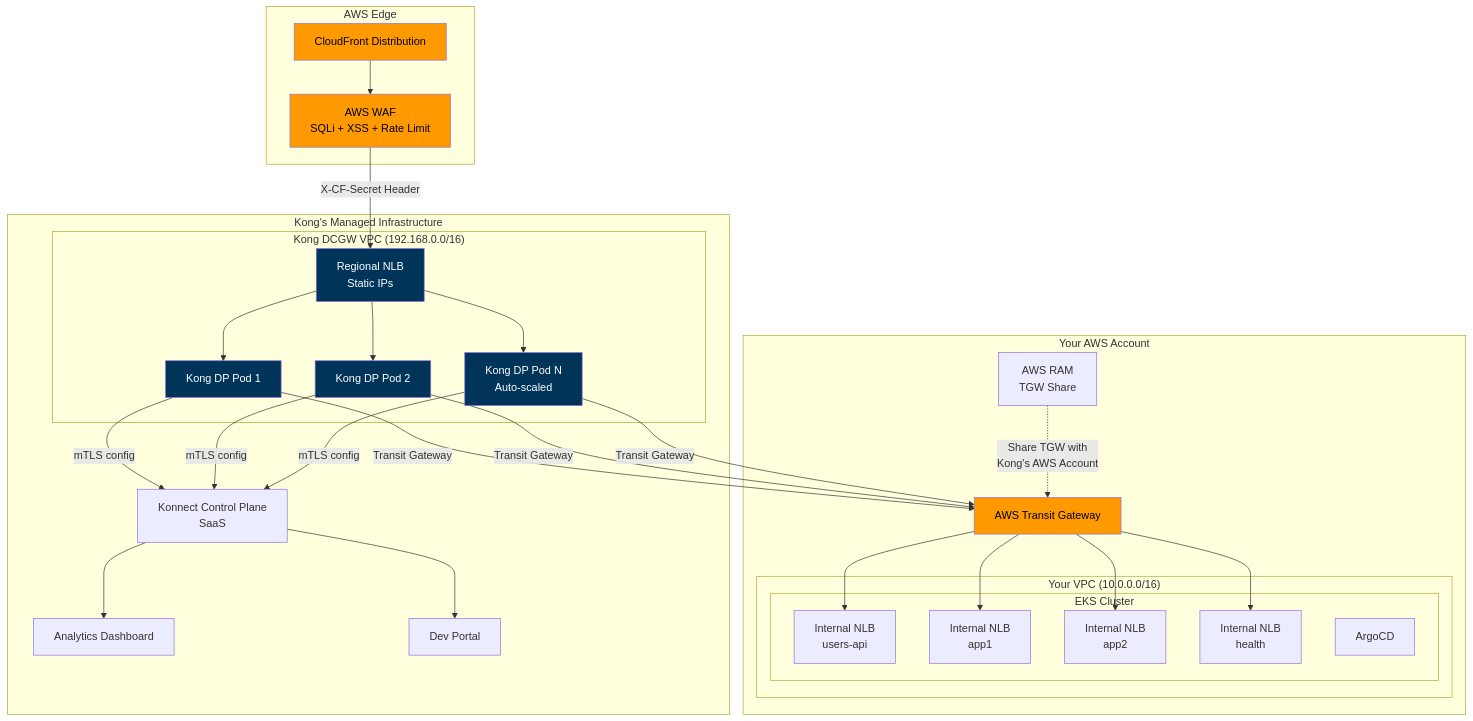
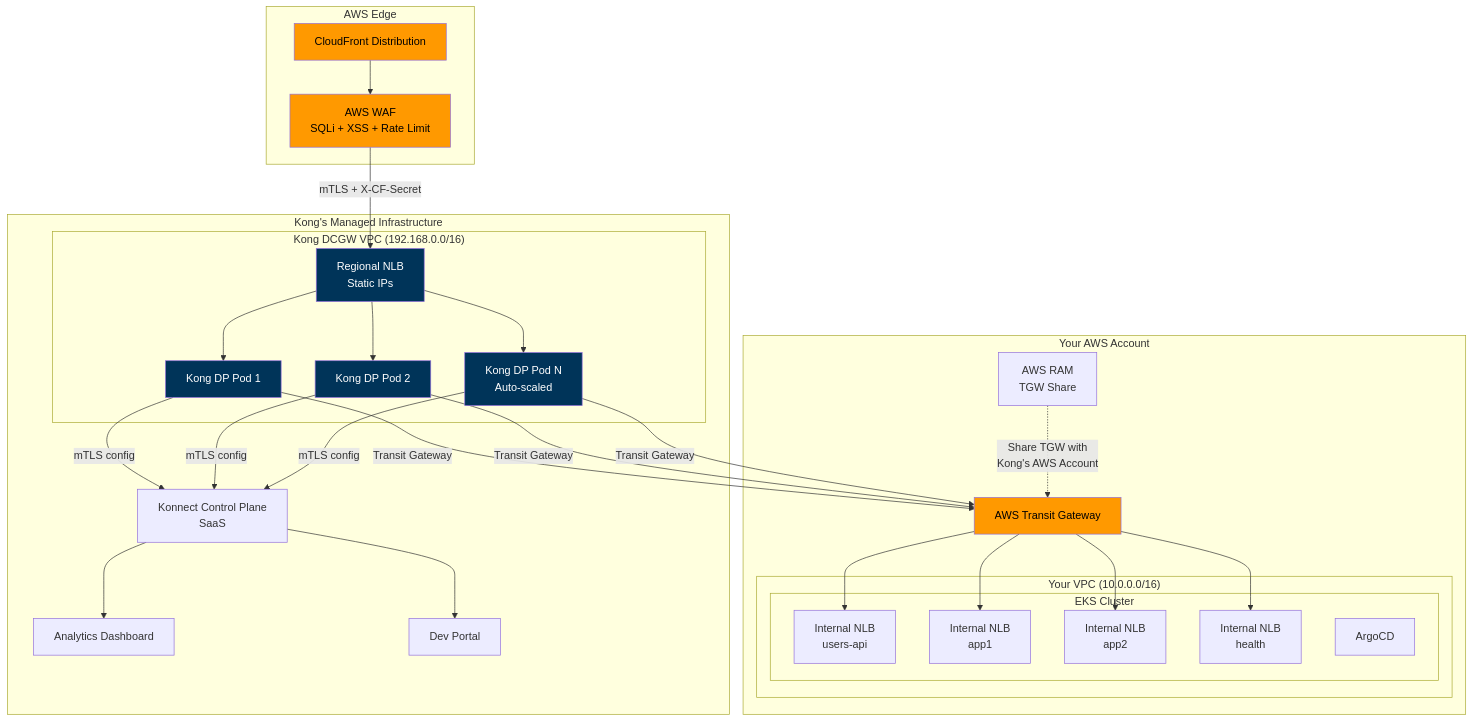
Before and after one commit to shanaka-versent/Kong-Konnect-Cloud-Gateway-on-EKS: the second of 5 diagrams in README.md, drawn with Mermaid. The commit also changed other lines of this file, not shown here.

First line of the commit message:
Update README diagrams and text to reflect mTLS bypass prevention

````diff
--- a/README.md
+++ b/README.md
@@ -49,50 +49,50 @@
 ```mermaid
 graph TB
     subgraph "AWS Edge"
         CF[CloudFront Distribution]
         WAF[AWS WAF<br/>SQLi + XSS + Rate Limit]
         CF --> WAF
     end
 
     subgraph "Kong's Managed Infrastructure"
         subgraph "Kong DCGW VPC (192.168.0.0/16)"
             K_NLB[Regional NLB<br/>Static IPs]
             KDP1[Kong DP Pod 1]
             KDP2[Kong DP Pod 2]
             KDP3[Kong DP Pod N<br/>Auto-scaled]
             K_NLB --> KDP1 & KDP2 & KDP3
         end
         KCP[Konnect Control Plane<br/>SaaS]
         Analytics[Analytics Dashboard]
         Portal[Dev Portal]
         KCP --> Analytics & Portal
     end
 
     subgraph "Your AWS Account"
         TGW[AWS Transit Gateway]
         subgraph "Your VPC (10.0.0.0/16)"
             subgraph "EKS Cluster"
                 NLB1[Internal NLB<br/>users-api]
                 NLB2[Internal NLB<br/>app1]
                 NLB3[Internal NLB<br/>app2]
                 NLB4[Internal NLB<br/>health]
                 ArgoCD[ArgoCD]
             end
         end
         RAM[AWS RAM<br/>TGW Share]
     end
 
-    WAF -->|X-CF-Secret Header| K_NLB
+    WAF -->|mTLS + X-CF-Secret| K_NLB
     KDP1 & KDP2 & KDP3 -->|mTLS config| KCP
     KDP1 & KDP2 & KDP3 -->|Transit Gateway| TGW
     TGW --> NLB1 & NLB2 & NLB3 & NLB4
     RAM -.->|Share TGW with<br/>Kong's AWS Account| TGW
 
     style CF fill:#ff9900,color:#000
     style WAF fill:#ff9900,color:#000
     style K_NLB fill:#003459,color:#fff
     style KDP1 fill:#003459,color:#fff
     style KDP2 fill:#003459,color:#fff
     style KDP3 fill:#003459,color:#fff
     style TGW fill:#ff9900,color:#000
 ```
````
